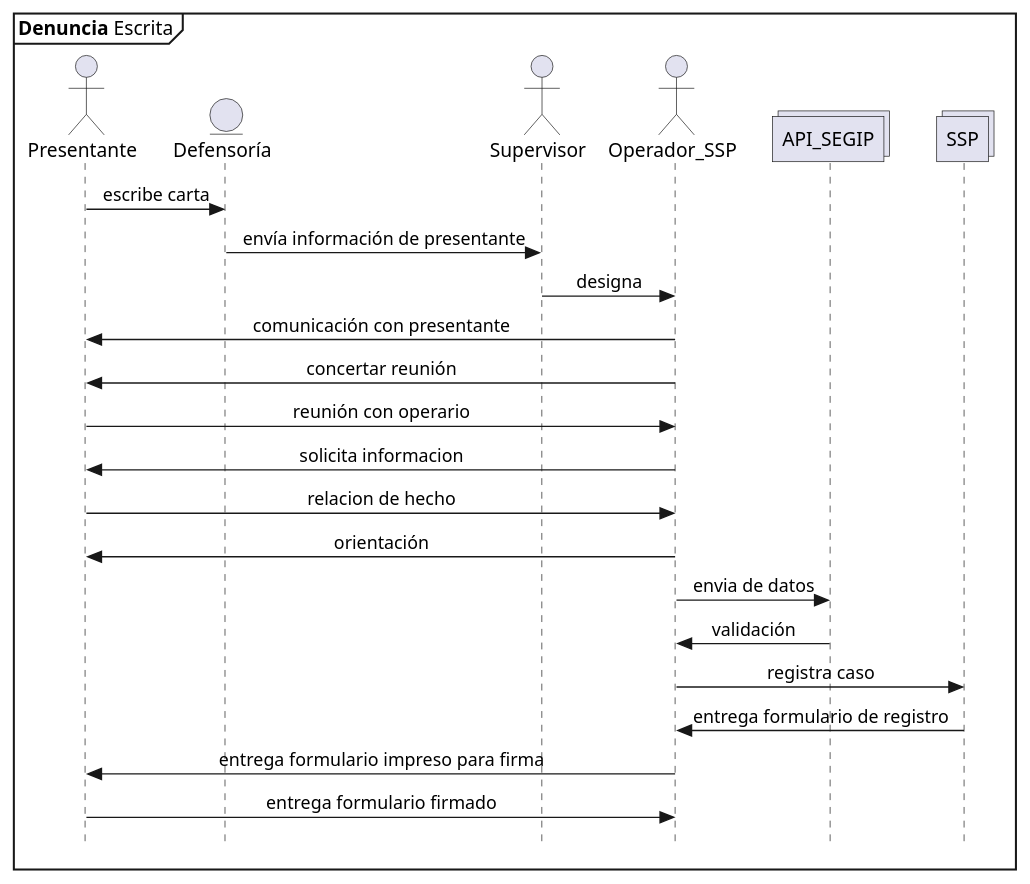
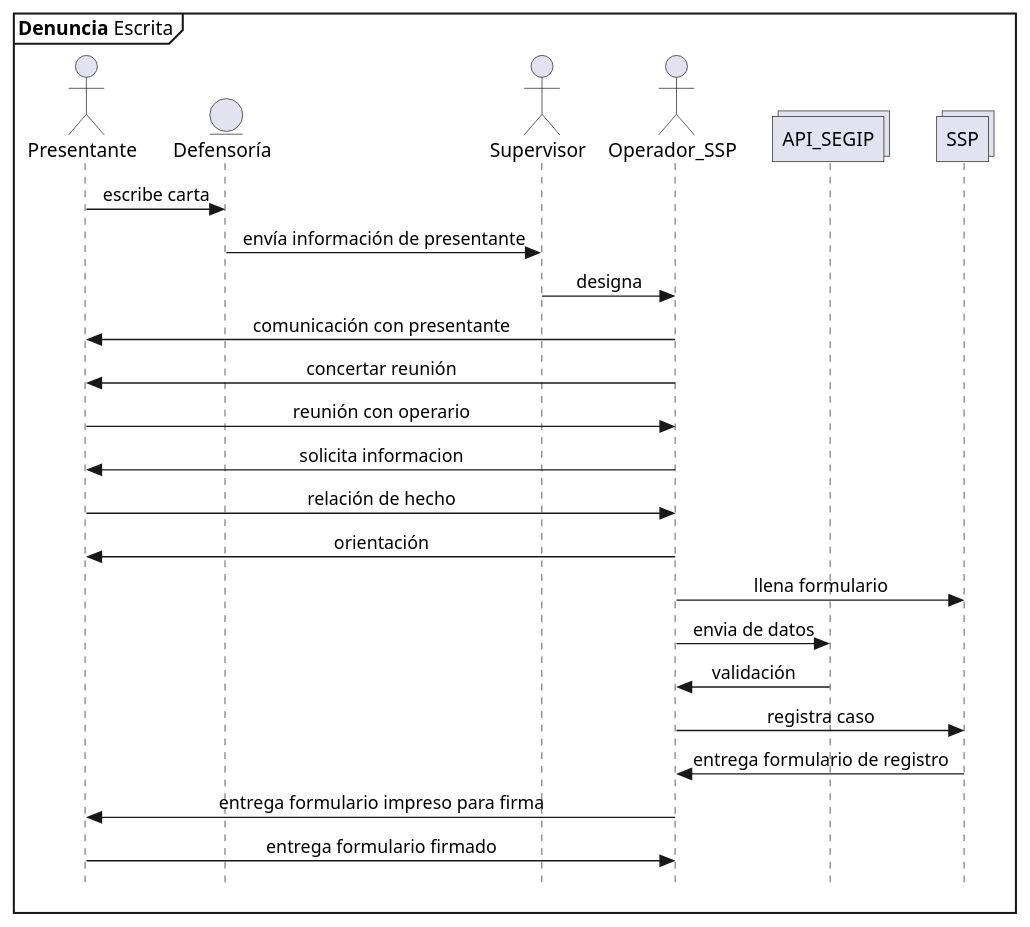
Before and after one commit to n1m0d0/defdiag: the diagram in propuesta SSP/04 denuncia por escrito.plantuml, drawn with PlantUML. The commit also changed 14 other files, not shown here.

Commit message:
ajustes a los diagramas

```diff
--- a/propuesta SSP/04 denuncia por escrito.plantuml
+++ b/propuesta SSP/04 denuncia por escrito.plantuml
@@ -1,31 +1,32 @@
 @startuml Denuncia_Escrita
 skinparam Style strictuml
 skinparam SequenceMessageAlignment center
 
 mainframe **Denuncia** Escrita
 
 actor Presentante as pre
 entity Defensoría as def
 actor Supervisor as sup
 actor Operador_SSP as opssp
 collections API_SEGIP as segip
-collections SSP 
+collections SSP
 
 
-pre -> def: escribe carta
-def->sup:envía información de presentante
+pre -> def : escribe carta
+def->sup :envía información de presentante
 sup->opssp : designa
-opssp->pre:comunicación con presentante
-opssp->pre:concertar reunión
-pre->opssp:reunión con operario
+opssp->pre : comunicación con presentante
+opssp->pre : concertar reunión
+pre->opssp : reunión con operario
 opssp -> pre : solicita informacion
-pre->opssp:relacion de hecho
-opssp->pre:orientación
+pre->opssp : relación de hecho
+opssp->pre : orientación
+opssp -> SSP : llena formulario
 opssp -> segip : envia de datos
-segip -> opssp : validación 
-opssp->SSP:registra caso
-SSP->opssp: entrega formulario de registro
-opssp->pre:entrega formulario impreso para firma
-pre->opssp:entrega formulario firmado
+segip -> opssp : validación
+opssp->SSP : registra caso
+SSP->opssp : entrega formulario de registro
+opssp->pre : entrega formulario impreso para firma
+pre->opssp : entrega formulario firmado
 
 @enduml
```
